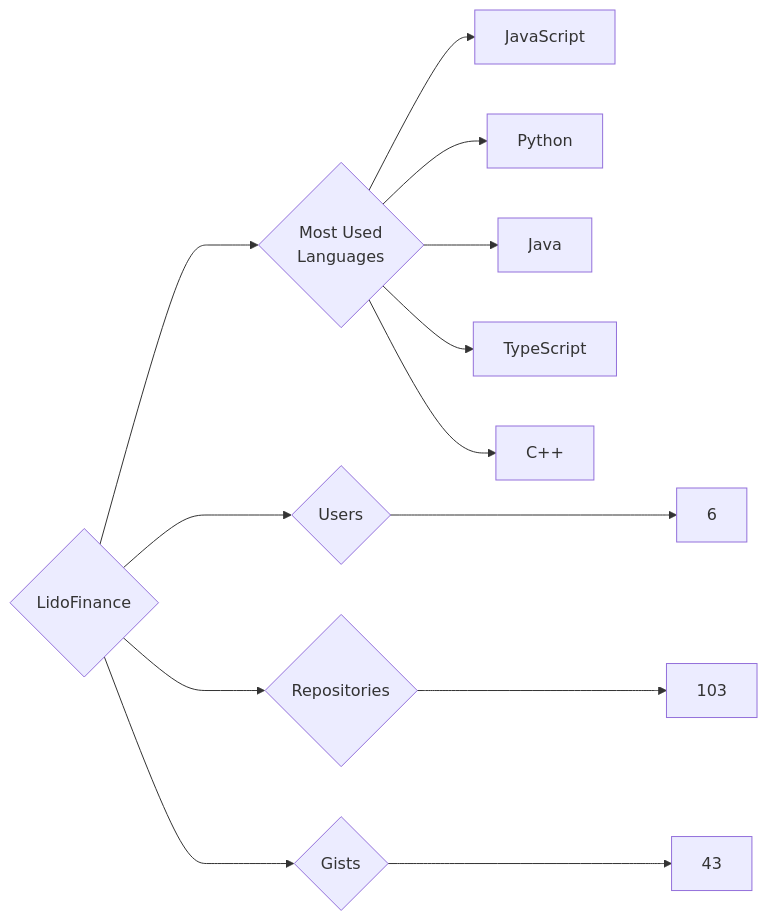
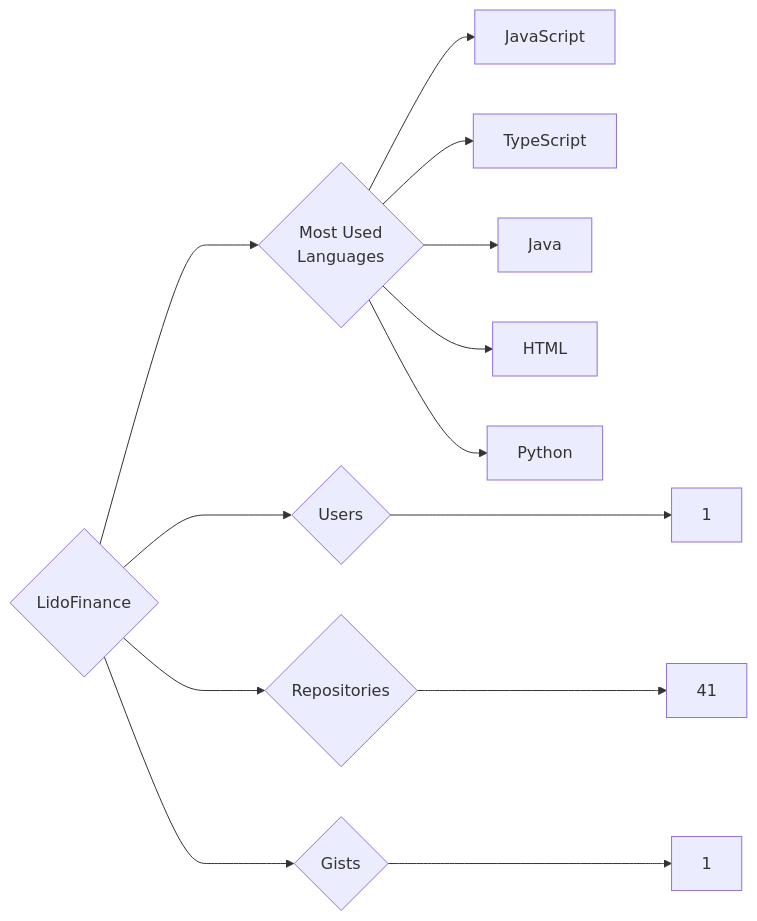
One commit to trickest/insiders changed the diagram in targets/LidoFinance/README.md. Above: the diagram before and after it, drawn with Mermaid. The commit also changed 1496 other files, not shown here.

````diff
--- a/targets/LidoFinance/README.md
+++ b/targets/LidoFinance/README.md
@@ -3,13 +3,13 @@
 ```mermaid
 graph LR
 COMPANY_NAME{LidoFinance}
-COMPANY_NAME ---> U{Users} ---> UN[6]
-COMPANY_NAME ---> R{Repositories} ---> RN[103]
-COMPANY_NAME ---> G{Gists} ---> GN[43]
+COMPANY_NAME ---> U{Users} ---> UN[1]
+COMPANY_NAME ---> R{Repositories} ---> RN[41]
+COMPANY_NAME ---> G{Gists} ---> GN[1]
 COMPANY_NAME ---> ML{Most Used<br>Languages}
 ML --> JavaScript[JavaScript]
+ML --> TypeScript[TypeScript]
+ML --> Java[Java]
+ML --> HTML[HTML]
 ML --> Python[Python]
-ML --> Java[Java]
-ML --> TypeScript[TypeScript]
-ML --> C++[C++]
 ```
````
